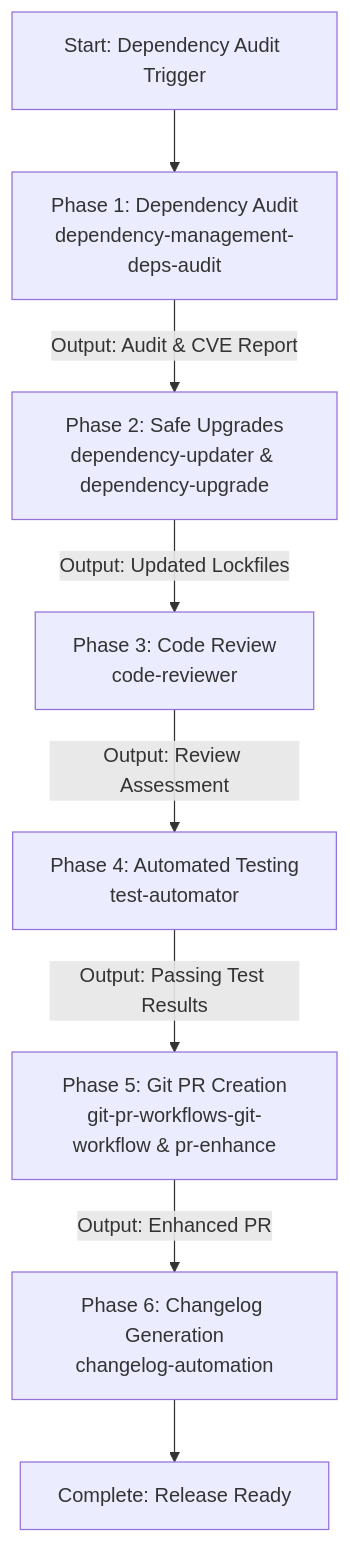
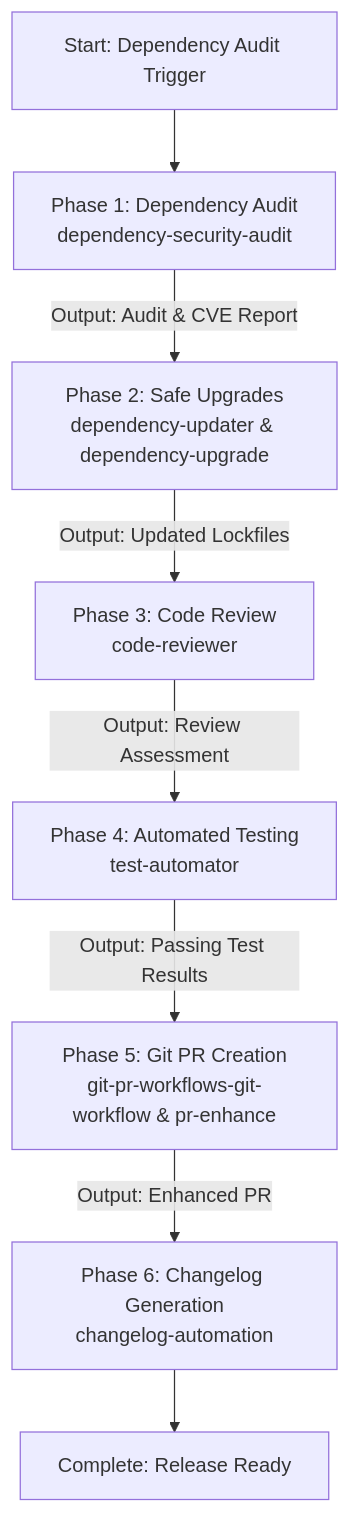
One commit to jsoehner/skills-backup changed the diagram in dependency-release-pipeline/SKILL.md. Above: the diagram before and after it, drawn with Mermaid. The commit also changed other lines of this file and 38 other files, not shown here.

````diff
--- a/dependency-release-pipeline/SKILL.md
+++ b/dependency-release-pipeline/SKILL.md
@@ -12,10 +12,10 @@
 ```mermaid
 graph TD
-    A[Start: Dependency Audit Trigger] --> B[Phase 1: Dependency Audit<br/>dependency-management-deps-audit]
+    A[Start: Dependency Audit Trigger] --> B[Phase 1: Dependency Audit<br/>dependency-security-audit]
     B -->|Output: Audit & CVE Report| C[Phase 2: Safe Upgrades<br/>dependency-updater & dependency-upgrade]
     C -->|Output: Updated Lockfiles| D[Phase 3: Code Review<br/>code-reviewer]
     D -->|Output: Review Assessment| E[Phase 4: Automated Testing<br/>test-automator]
     E -->|Output: Passing Test Results| F[Phase 5: Git PR Creation<br/>git-pr-workflows-git-workflow & pr-enhance]
     F -->|Output: Enhanced PR| G[Phase 6: Changelog Generation<br/>changelog-automation]
     G --> H[Complete: Release Ready]
 ```
````
